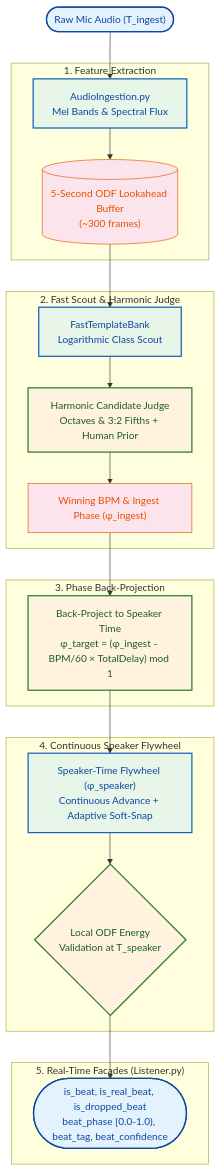
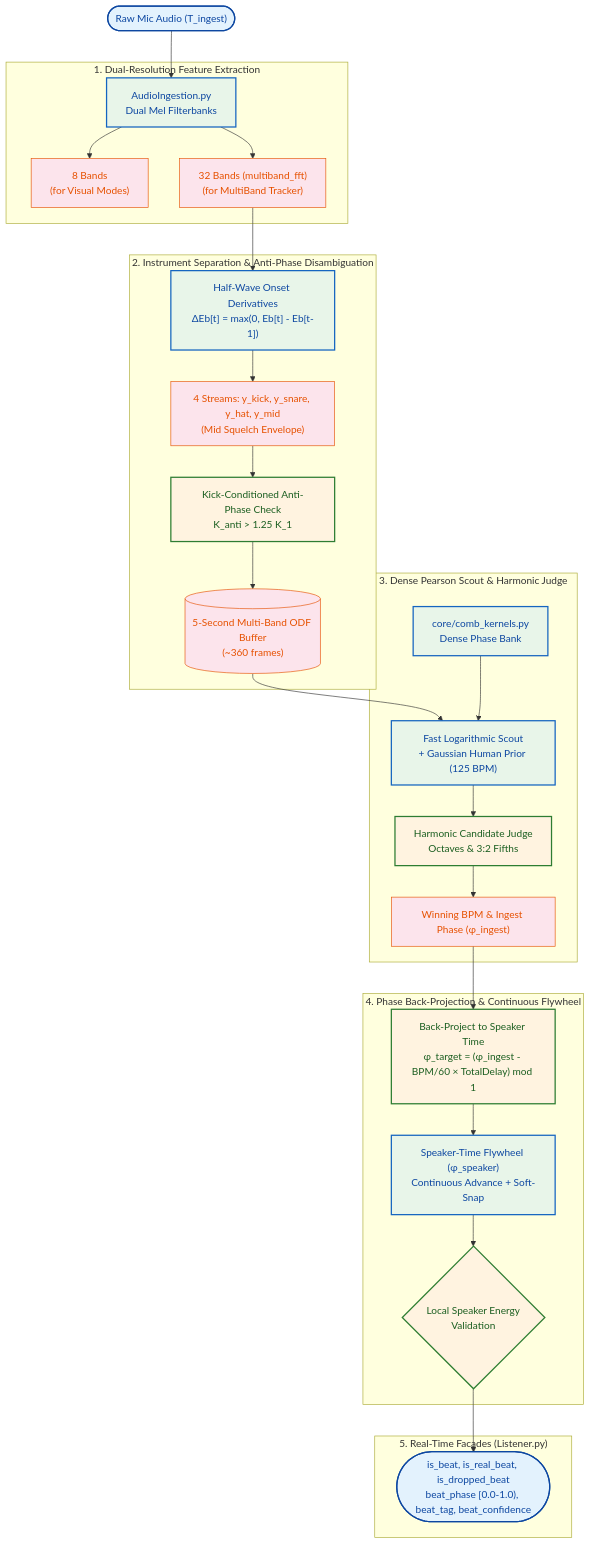
The diagram in .agents/docs/rhythm_tracker_architecture.md (LucRobey/vialactee), drawn with Mermaid before and after one commit. The commit also changed other lines of this file and 2680 other files, not shown here.

First line of the commit message:
feat(production): implement master architecture plan v2.0 with full-scope storage debouncing

````diff
--- a/.agents/docs/rhythm_tracker_architecture.md
+++ b/.agents/docs/rhythm_tracker_architecture.md
@@ -51,44 +62,56 @@
 ```mermaid
 flowchart TD
     classDef io fill:#e3f2fd,stroke:#0d47a1,stroke-width:2px,color:#0d47a1
     classDef engine fill:#e8f5e9,stroke:#1565c0,stroke-width:2px,color:#0d47a1
     classDef logic fill:#fff3e0,stroke:#2e7d32,stroke-width:2px,color:#1b5e20
     classDef data fill:#fce4ec,stroke:#e65100,stroke-width:1px,color:#e65100
 
     AudioIn(["Raw Mic Audio (T_ingest)"]):::io
     
-    subgraph "1. Feature Extraction"
-        FFT["AudioIngestion.py\nMel Bands & Spectral Flux"]:::engine
-        ODF[("5-Second ODF Lookahead Buffer\n(~300 frames)")]:::data
+    subgraph "1. Dual-Resolution Feature Extraction"
+        FFT["AudioIngestion.py\nDual Mel Filterbanks"]:::engine
+        Bands8["8 Bands\n(for Visual Modes)"]:::data
+        Bands32["32 Bands (multiband_fft)\n(for MultiBand Tracker)"]:::data
     end
 
-    subgraph "2. Fast Scout & Harmonic Judge"
-        Scout["FastTemplateBank\nLogarithmic Class Scout"]:::engine
-        Judge["Harmonic Candidate Judge\nOctaves & 3:2 Fifths + Human Prior"]:::logic
+    subgraph "2. Instrument Separation & Anti-Phase Disambiguation"
+        Deriv["Half-Wave Onset Derivatives\nΔEb[t] = max(0, Eb[t] - Eb[t-1])"]:::engine
+        Streams["4 Streams: y_kick, y_snare, y_hat, y_mid\n(Mid Squelch Envelope)"]:::data
+        AntiPhase["Kick-Conditioned Anti-Phase Check\nK_anti > 1.25 K_1"]:::logic
+        ODF[("5-Second Multi-Band ODF Buffer\n(~360 frames)")]:::data
+    end
+
+    subgraph "3. Dense Pearson Scout & Harmonic Judge"
+        Kernels["core/comb_kernels.py\nDense Phase Bank"]:::engine
+        Scout["Fast Logarithmic Scout\n+ Gaussian Human Prior (125 BPM)"]:::engine
+        Judge["Harmonic Candidate Judge\nOctaves & 3:2 Fifths"]:::logic
         Winner["Winning BPM & Ingest Phase (φ_ingest)"]:::data
     end
 
-    subgraph "3. Phase Back-Projection"
+    subgraph "4. Phase Back-Projection & Continuous Flywheel"
         BackProj["Back-Project to Speaker Time\nφ_target = (φ_ingest - BPM/60 × TotalDelay) mod 1"]:::logic
-    end
-
-    subgraph "4. Continuous Speaker Flywheel"
-        Flywheel["Speaker-Time Flywheel (φ_speaker)\nContinuous Advance + Adaptive Soft-Snap"]:::engine
-        EnergyCheck{"Local ODF Energy\nValidation at T_speaker"}:::logic
+        Flywheel["Speaker-Time Flywheel (φ_speaker)\nContinuous Advance + Soft-Snap"]:::engine
+        EnergyCheck{"Local Speaker Energy\nValidation"}:::logic
     end
 
     subgraph "5. Real-Time Facades (Listener.py)"
         BeatsOut(["is_beat, is_real_beat, is_dropped_beat\nbeat_phase [0.0-1.0), beat_tag, beat_confidence"]):::io
     end
 
     %% Connections
     AudioIn --> FFT
-    FFT --> ODF
+    FFT --> Bands8
+    FFT --> Bands32
+    Bands32 --> Deriv
+    Deriv --> Streams
+    Streams --> AntiPhase
+    AntiPhase --> ODF
     ODF --> Scout
+    Kernels --> Scout
     Scout --> Judge
     Judge --> Winner
     Winner --> BackProj
     BackProj --> Flywheel
     Flywheel --> EnergyCheck
     EnergyCheck --> BeatsOut
 ```
````
